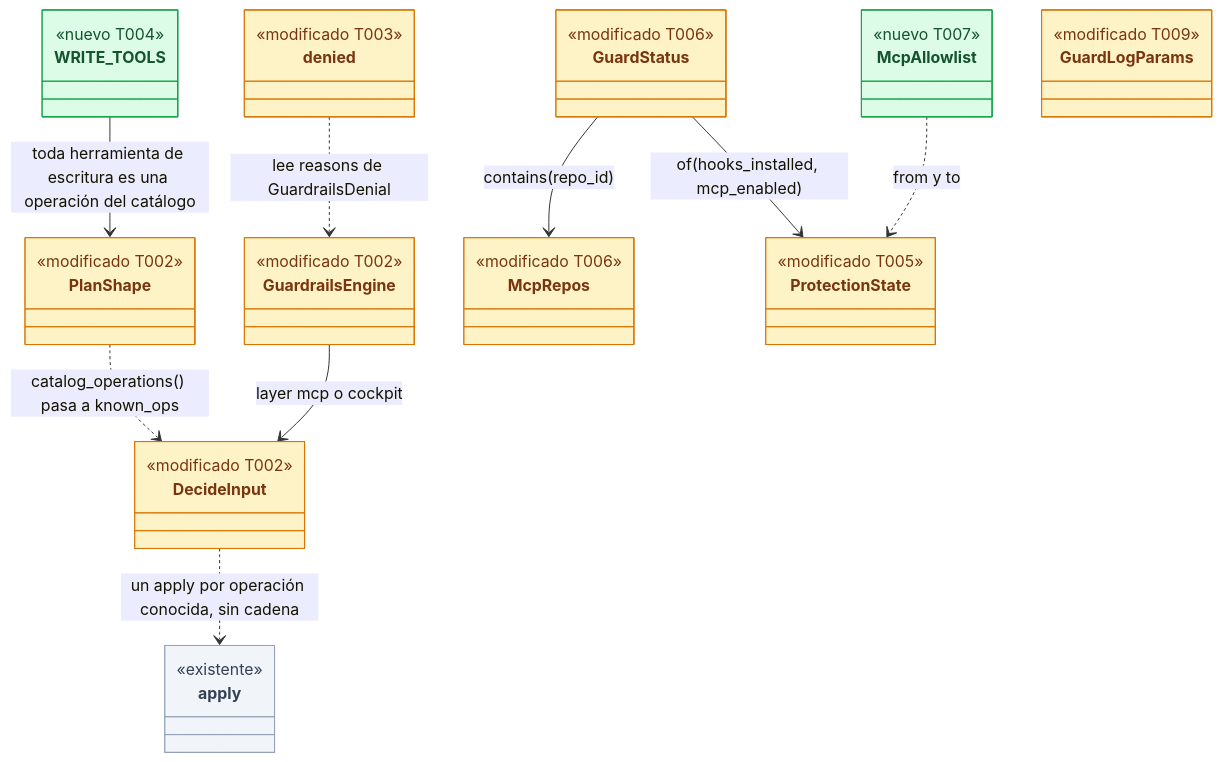
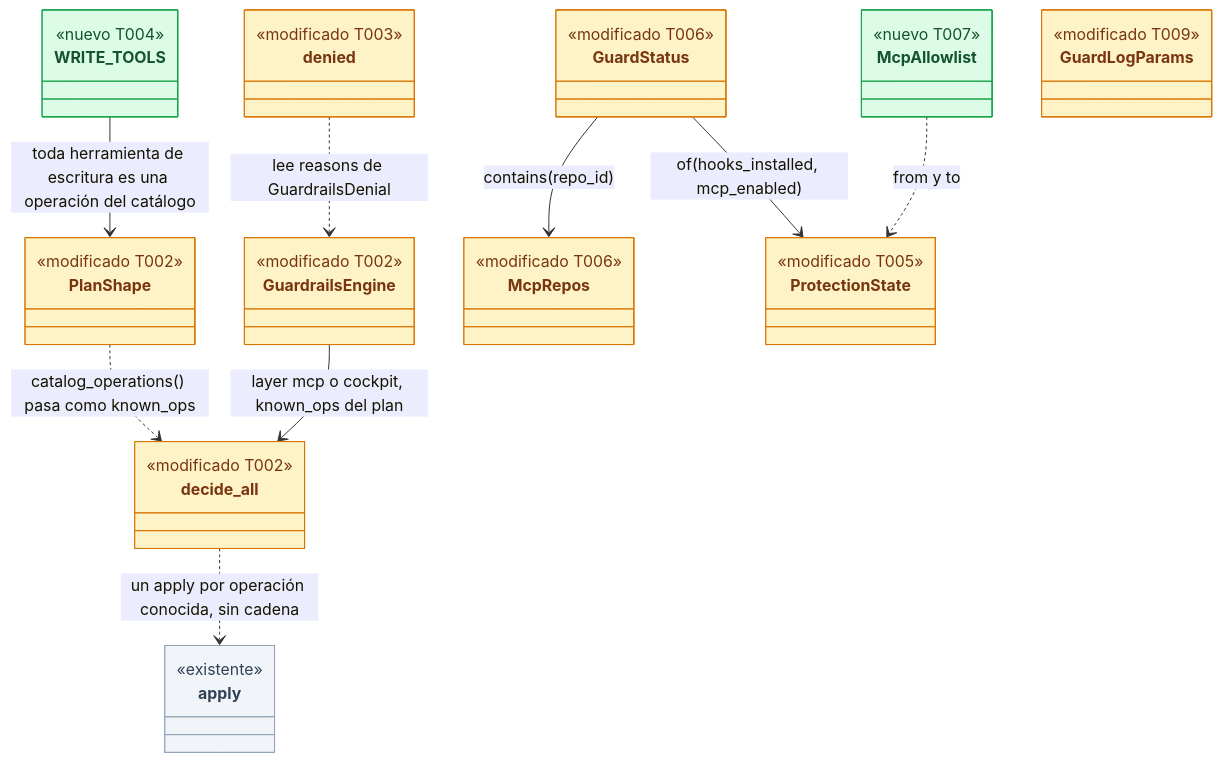
Before and after one commit to rbonillajr/gitRaptor: the first of 4 diagrams in docs/requirements/features/guardrails/dev-specs/US-GRD-016-misma-decision-por-mcp.md, drawn with Mermaid. The commit also changed other lines of this file and 5 other files, not shown here.

Commit message:
docs(guardrails): amend ADR-GRD-003/005/006 and ADR-MCP-001 for US-GRD-016, add XP-61 and align the spec with known_ops as a decide_all parameter

````diff
--- a/docs/requirements/features/guardrails/dev-specs/US-GRD-016-misma-decision-por-mcp.md
+++ b/docs/requirements/features/guardrails/dev-specs/US-GRD-016-misma-decision-por-mcp.md
@@ -144,25 +144,25 @@
 ```mermaid
 classDiagram
     class PlanShape:::modificado { <<modificado T002>> }
-    class DecideInput:::modificado { <<modificado T002>> }
+    class decide_all:::modificado { <<modificado T002>> }
     class GuardrailsEngine:::modificado { <<modificado T002>> }
     class apply:::existente { <<existente>> }
     class denied:::modificado { <<modificado T003>> }
     class WRITE_TOOLS:::nuevo { <<nuevo T004>> }
     class ProtectionState:::modificado { <<modificado T005>> }
     class GuardStatus:::modificado { <<modificado T006>> }
     class McpRepos:::modificado { <<modificado T006>> }
     class McpAllowlist:::nuevo { <<nuevo T007>> }
     class GuardLogParams:::modificado { <<modificado T009>> }
-    PlanShape ..> DecideInput : catalog_operations() pasa a known_ops
-    GuardrailsEngine --> DecideInput : layer mcp o cockpit
-    DecideInput ..> apply : un apply por operación conocida, sin cadena
+    PlanShape ..> decide_all : catalog_operations() pasa como known_ops
+    GuardrailsEngine --> decide_all : layer mcp o cockpit, known_ops del plan
+    decide_all ..> apply : un apply por operación conocida, sin cadena
     WRITE_TOOLS --> PlanShape : toda herramienta de escritura es una operación del catálogo
     denied ..> GuardrailsEngine : lee reasons de GuardrailsDenial
     GuardStatus --> McpRepos : contains(repo_id)
     GuardStatus --> ProtectionState : of(hooks_installed, mcp_enabled)
     McpAllowlist ..> ProtectionState : from y to
     classDef nuevo fill:#dcfce7,stroke:#16a34a,color:#14532d
     classDef modificado fill:#fef3c7,stroke:#d97706,color:#78350f
     classDef existente fill:#f1f5f9,stroke:#94a3b8,color:#334155
 ```
````
